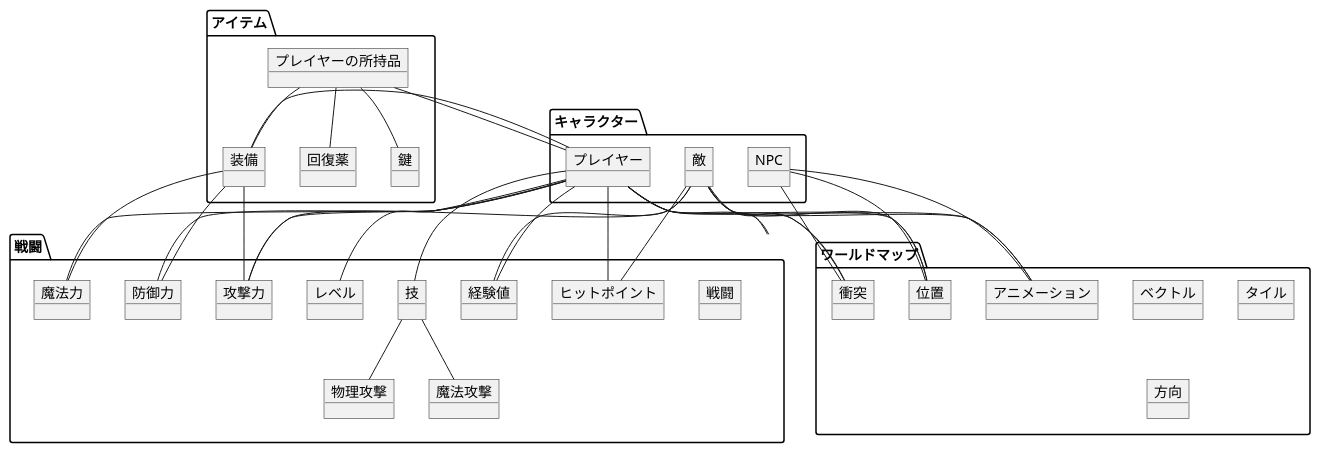
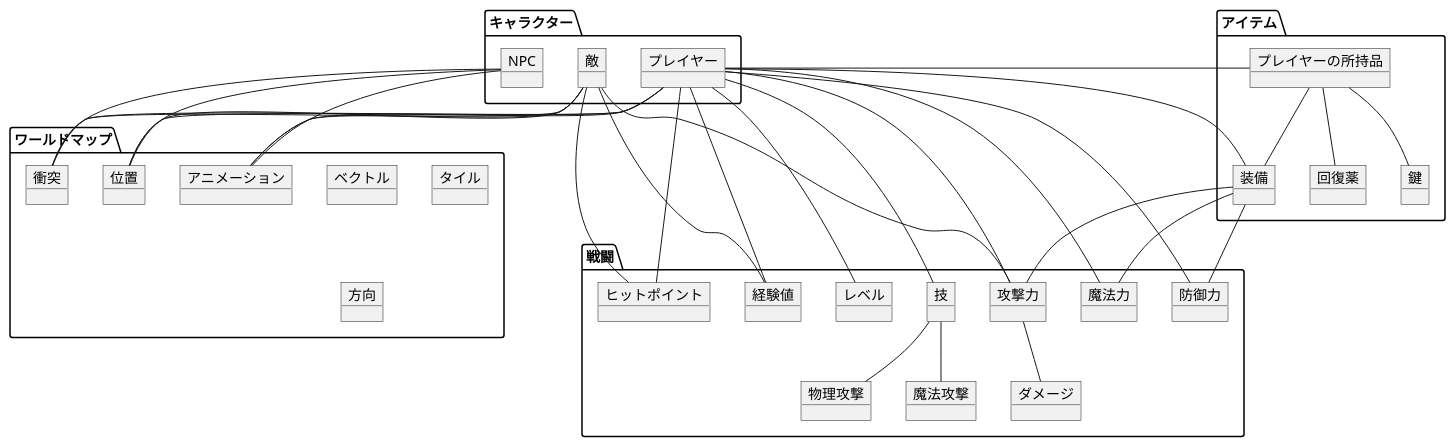
One commit to kdr250/good-code-bad-code-sample changed the diagram in good/docs/modeling/sample-rpg.pu. Above: the diagram before and after it, drawn with PlantUML. The commit also changed 1 other file, not shown here.

Commit message:
モデル図修正

```diff
--- a/good/docs/modeling/sample-rpg.pu
+++ b/good/docs/modeling/sample-rpg.pu
@@ -1,64 +1,63 @@
 @startuml サンプルRPG
 package キャラクター {
 object プレイヤー
 object 敵
 object NPC
 }
 package ワールドマップ {
 object ベクトル
 object タイル
 object アニメーション
 object 位置
 object 方向
 object 衝突
 }
 package 戦闘 {
-object 戦闘
 object ヒットポイント
 object 攻撃力
 object 魔法力
 object 防御力
 object レベル
 object 経験値
 object 技
 object 物理攻撃
 object 魔法攻撃
+object ダメージ
 }
 package アイテム {
 object 装備
 object 回復薬
 object 鍵
 object プレイヤーの所持品
 }
 プレイヤー -- ヒットポイント
 プレイヤー -- 攻撃力
 プレイヤー -- 魔法力
 プレイヤー -- 防御力
 プレイヤー -- 技
 プレイヤー -- アニメーション
 プレイヤー -- 位置
 プレイヤー -- 装備
 プレイヤー -- 衝突
 プレイヤー -- プレイヤーの所持品
 プレイヤー -- レベル
 プレイヤー -- 経験値
 敵 -- ヒットポイント
 敵 -- 攻撃力
 敵 -- 経験値
 敵 -- アニメーション
 敵 -- 位置
 敵 -- 衝突
 NPC -- 位置
 NPC -- アニメーション
 NPC -- 衝突
 装備 -- 攻撃力
 装備 -- 魔法力
 装備 -- 防御力
 プレイヤーの所持品 -- 装備
 プレイヤーの所持品 -- 回復薬
 プレイヤーの所持品 -- 鍵
-戦闘 -- プレイヤー
-戦闘 -- 敵
 技 -- 物理攻撃
 技 -- 魔法攻撃
+攻撃力 -- ダメージ
 @enduml
```
